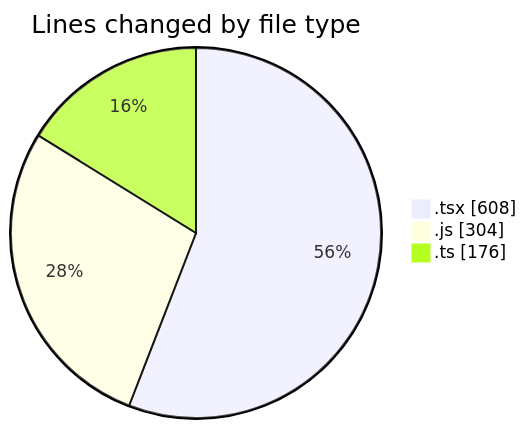
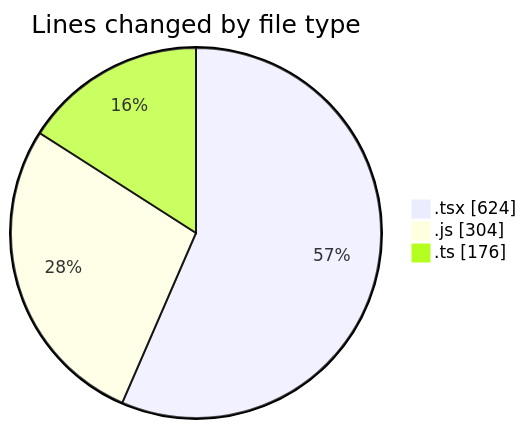
One commit to momahboobian/code-tracking changed the first of 2 diagrams in 2025-02-26/cda/README.md. Above: the diagram before and after it, drawn with Mermaid. The commit also changed other lines of this file and 1 other file, not shown here.

````diff
--- a/2025-02-26/cda/README.md
+++ b/2025-02-26/cda/README.md
@@ -30,7 +30,7 @@
 ```mermaid
 pie showData
 title Lines changed by file type
-".tsx" : 608
+".tsx" : 624
 ".js" : 304
 ".ts" : 176
 ```
````
